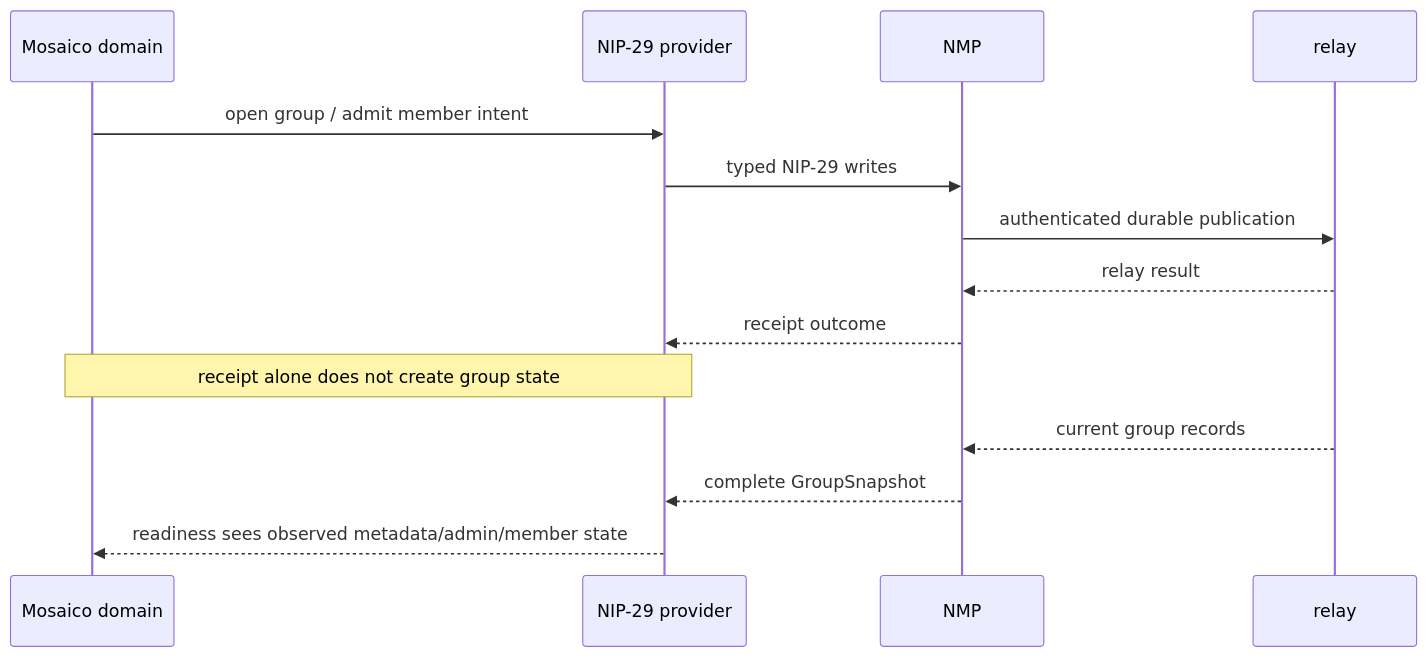
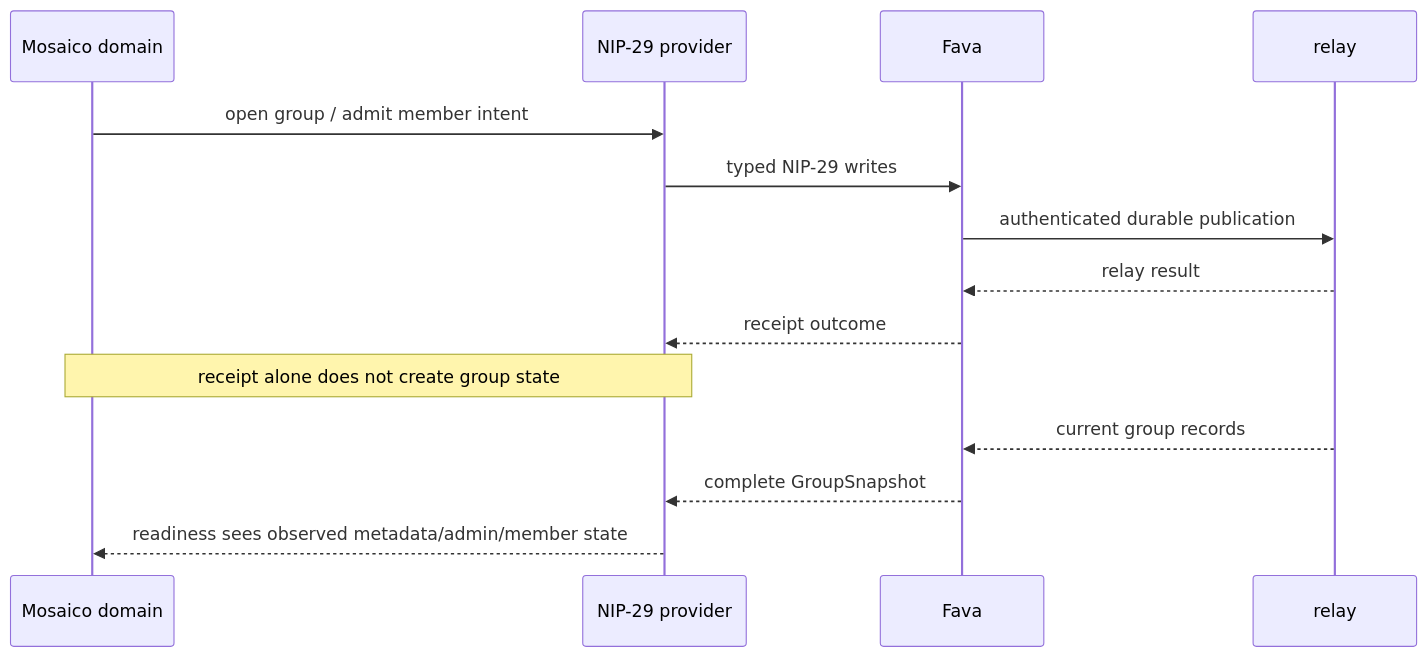
Before and after one commit to pablof7z/mosaico: the second of 3 diagrams in docs/fabric-architecture.md, drawn with Mermaid. The commit also changed other lines of this file and 446 other files, not shown here.

````diff
--- a/docs/fabric-architecture.md
+++ b/docs/fabric-architecture.md
@@ -263,17 +263,17 @@
 ```mermaid
 sequenceDiagram
     participant D as Mosaico domain
     participant P as NIP-29 provider
-    participant N as NMP
+    participant N as Fava
     participant R as relay
 
     D->>P: open group / admit member intent
     P->>N: typed NIP-29 writes
     N->>R: authenticated durable publication
     R-->>N: relay result
     N-->>P: receipt outcome
     Note over D,P: receipt alone does not create group state
     R-->>N: current group records
     N-->>P: complete GroupSnapshot
     P-->>D: readiness sees observed metadata/admin/member state
 ```
````
